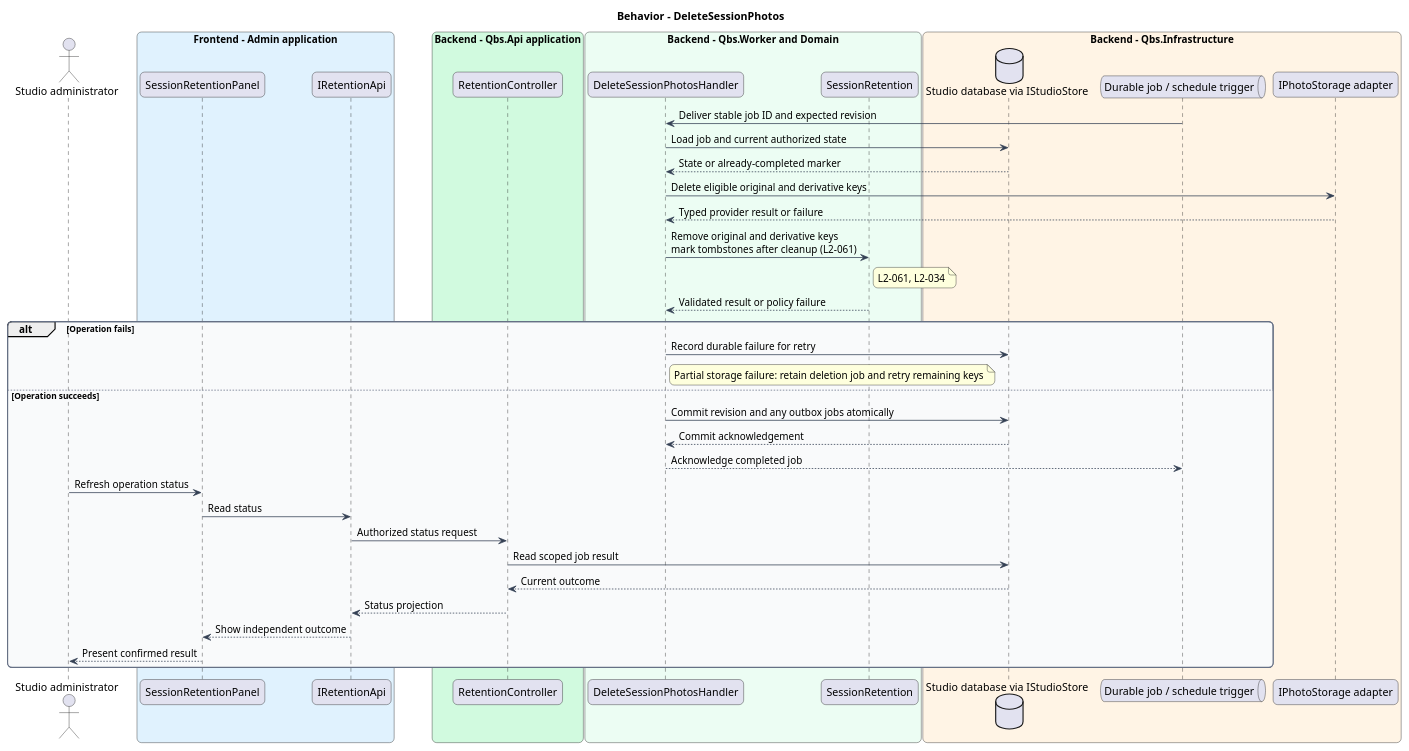
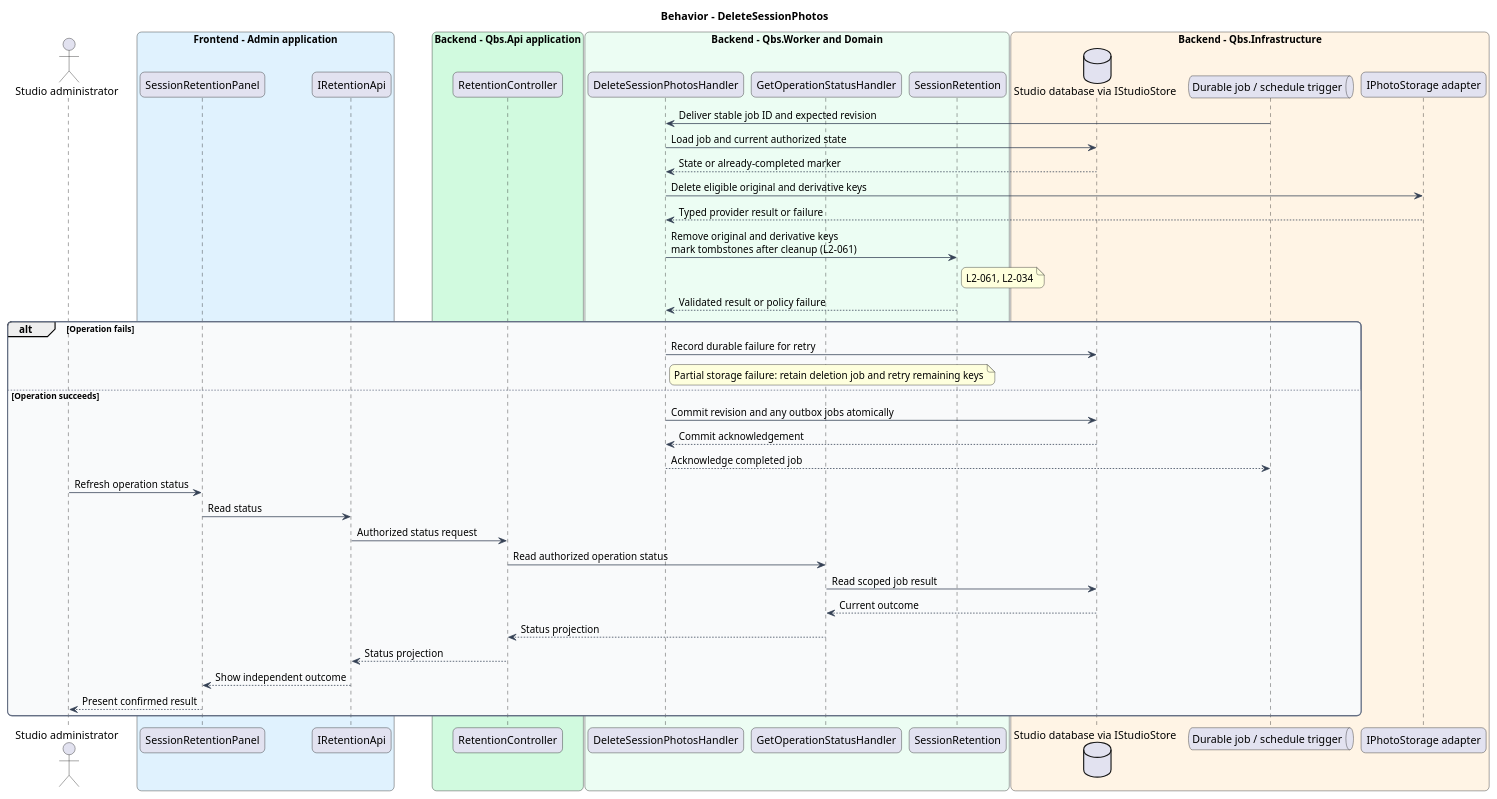
Before and after one commit to QuinntyneBrown/quinntyne-brown-studio: the diagram in docs/detailed-designs/session-photos/manage-photo-retention/diagrams/sequence-delete-session-photos.puml, drawn with PlantUML. The commit also changed 51 other files, not shown here.

```diff
--- a/docs/detailed-designs/session-photos/manage-photo-retention/diagrams/sequence-delete-session-photos.puml
+++ b/docs/detailed-designs/session-photos/manage-photo-retention/diagrams/sequence-delete-session-photos.puml
@@ -1,62 +1,65 @@
 @startuml
 skinparam backgroundColor #FFFFFF
 skinparam shadowing false
 skinparam roundcorner 12
 skinparam defaultFontName Arial
 skinparam ArrowColor #344054
 skinparam rectangle {
   BorderColor #344054
   FontColor #101828
 }
 skinparam package {
   BorderColor #667085
   FontColor #101828
   BackgroundColor #F9FAFB
 }
 title Behavior - DeleteSessionPhotos
 actor "Studio administrator" as actor
 box "Frontend - Admin application" #E0F2FE
  participant "SessionRetentionPanel" as page
  participant "IRetentionApi" as client
 end box
 box "Backend - Qbs.Api application" #D1FADF
  participant "RetentionController" as controller
 end box
 box "Backend - Qbs.Worker and Domain" #ECFDF3
  participant "DeleteSessionPhotosHandler" as handler
+ participant "GetOperationStatusHandler" as status
  participant "SessionRetention" as entity
 end box
 box "Backend - Qbs.Infrastructure" #FFF4E5
  database "Studio database via IStudioStore" as db
  queue "Durable job / schedule trigger" as queue
  participant "IPhotoStorage adapter" as ext
 end box
 queue -> handler : Deliver stable job ID and expected revision
 handler -> db : Load job and current authorized state
 db --> handler : State or already-completed marker
 handler -> ext : Delete eligible original and derivative keys
 ext --> handler : Typed provider result or failure
 handler -> entity : Remove original and derivative keys\nmark tombstones after cleanup (L2-061)
 note right of entity
 L2-061, L2-034
 end note
 entity --> handler : Validated result or policy failure
 alt Operation fails
 handler -> db : Record durable failure for retry
 note right of handler
 Partial storage failure: retain deletion job and retry remaining keys
 end note
 else Operation succeeds
 handler -> db : Commit revision and any outbox jobs atomically
 db --> handler : Commit acknowledgement
 handler --> queue : Acknowledge completed job
 actor -> page : Refresh operation status
 page -> client : Read status
 client -> controller : Authorized status request
-controller -> db : Read scoped job result
-db --> controller : Current outcome
+controller -> status : Read authorized operation status
+status -> db : Read scoped job result
+db --> status : Current outcome
+status --> controller : Status projection
 controller --> client : Status projection
 client --> page : Show independent outcome
 page --> actor : Present confirmed result
 end
 @enduml
```
